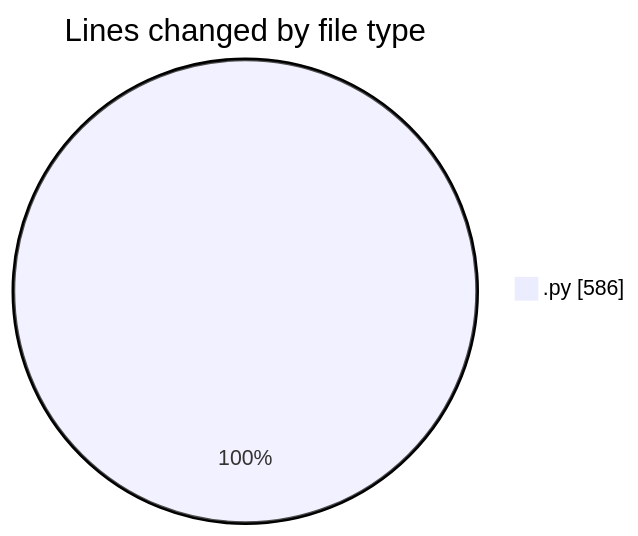
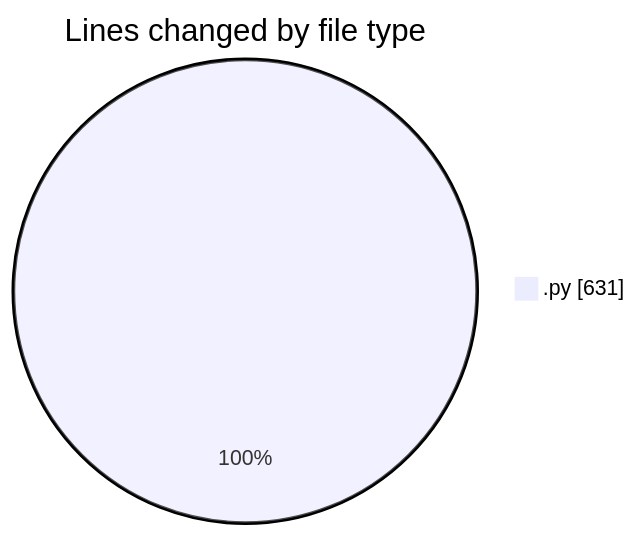
One commit to julien-gomy/code-tracking changed the first of 2 diagrams in 2025-10-22/eventscop-api-guide__workspace_/README.md. Above: the diagram before and after it, drawn with Mermaid. The commit also changed other lines of this file and 1 other file, not shown here.

````diff
--- a/2025-10-22/eventscop-api-guide__workspace_/README.md
+++ b/2025-10-22/eventscop-api-guide__workspace_/README.md
@@ -30,5 +32,5 @@
 ```mermaid
 pie showData
 title Lines changed by file type
-".py" : 586
+".py" : 631
 ```
````
